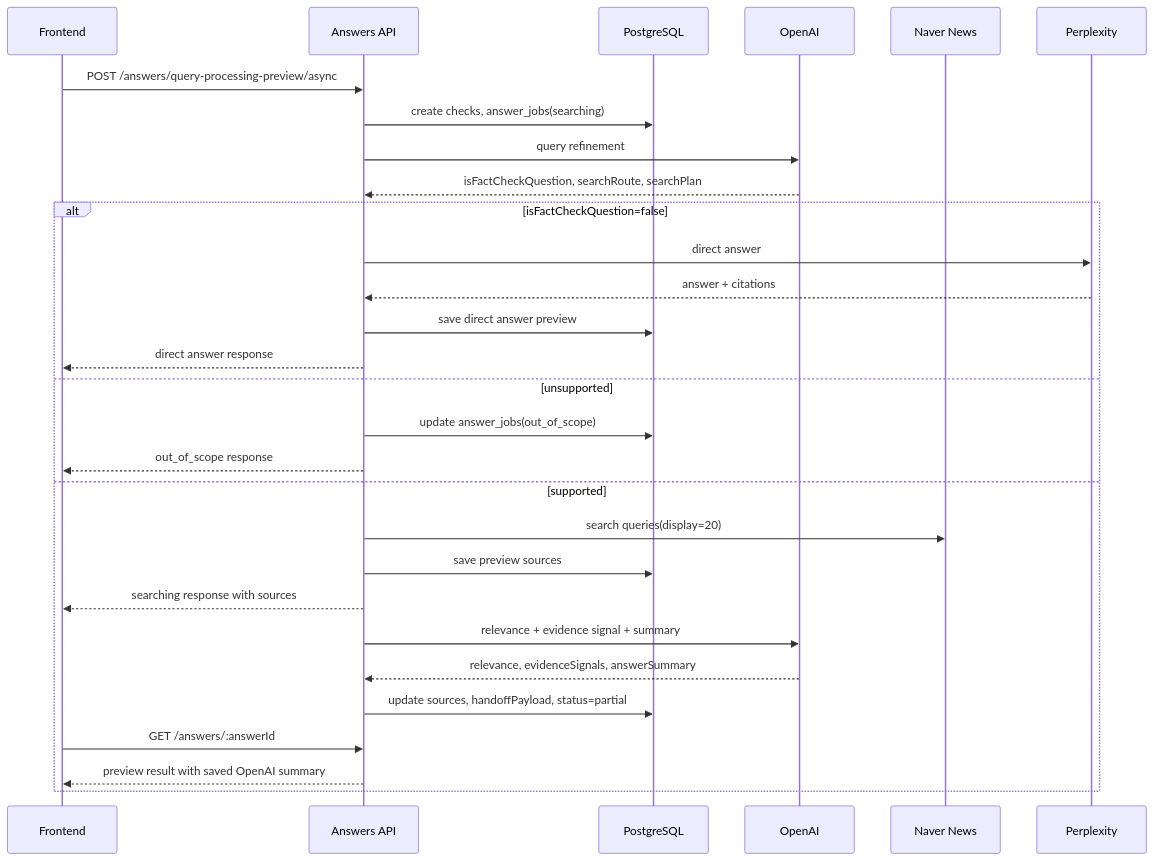
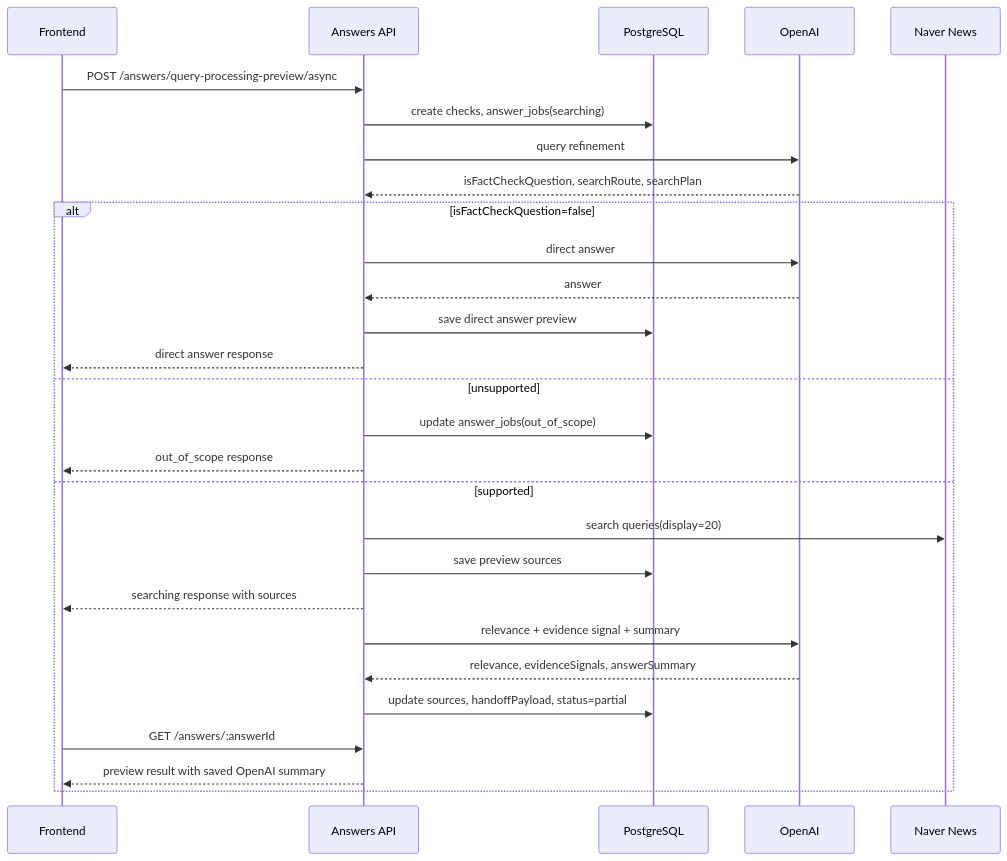
Before and after one commit to dyjeong576/varo: the diagram in docs/answer-query-processing.md, drawn with Mermaid. The commit also changed other lines of this file and 20 other files, not shown here.

````diff
--- a/docs/answer-query-processing.md
+++ b/docs/answer-query-processing.md
@@ -121,32 +121,31 @@
 ```mermaid
 sequenceDiagram
   participant FE as Frontend
   participant API as Answers API
   participant DB as PostgreSQL
   participant OAI as OpenAI
   participant Naver as Naver News
-  participant PPLX as Perplexity
 
   FE->>API: POST /answers/query-processing-preview/async
   API->>DB: create checks, answer_jobs(searching)
   API->>OAI: query refinement
   OAI-->>API: isFactCheckQuestion, searchRoute, searchPlan
   alt isFactCheckQuestion=false
-    API->>PPLX: direct answer
-    PPLX-->>API: answer + citations
+    API->>OAI: direct answer
+    OAI-->>API: answer
     API->>DB: save direct answer preview
     API-->>FE: direct answer response
   else unsupported
     API->>DB: update answer_jobs(out_of_scope)
     API-->>FE: out_of_scope response
   else supported
     API->>Naver: search queries(display=20)
     API->>DB: save preview sources
     API-->>FE: searching response with sources
     API->>OAI: relevance + evidence signal + summary
     OAI-->>API: relevance, evidenceSignals, answerSummary
     API->>DB: update sources, handoffPayload, status=partial
     FE->>API: GET /answers/:answerId
     API-->>FE: preview result with saved OpenAI summary
   end
 ```
````
